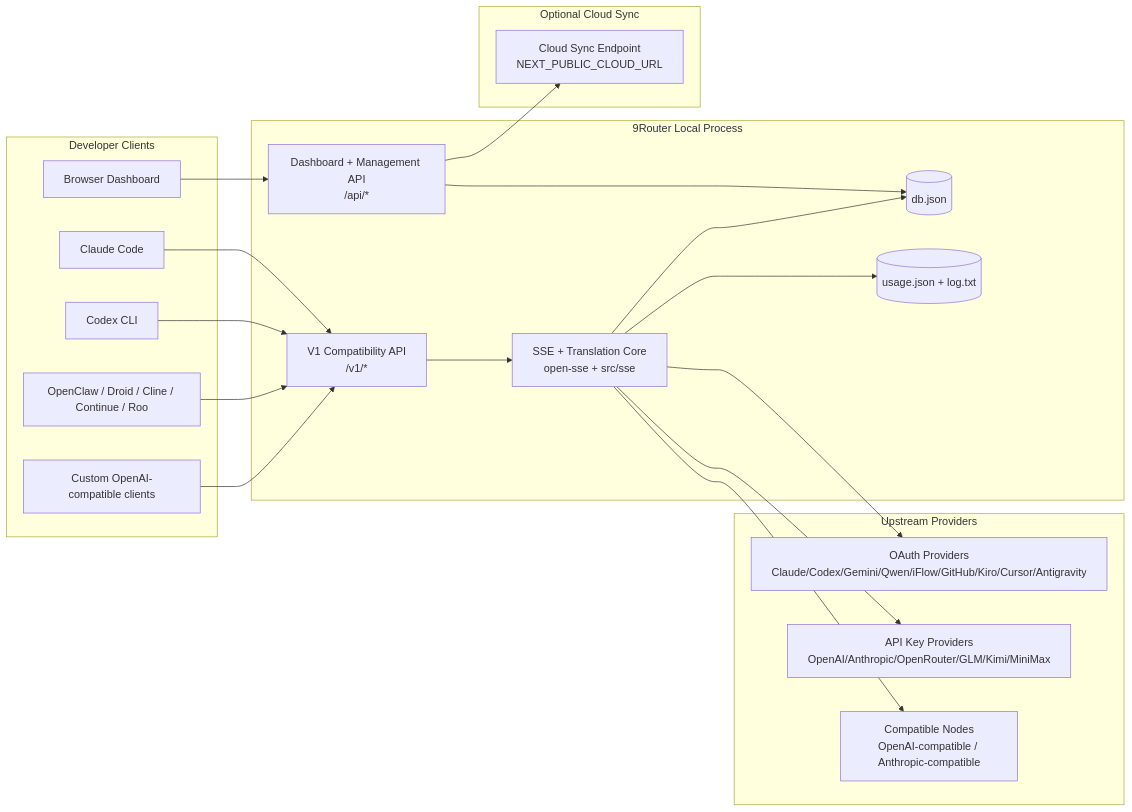
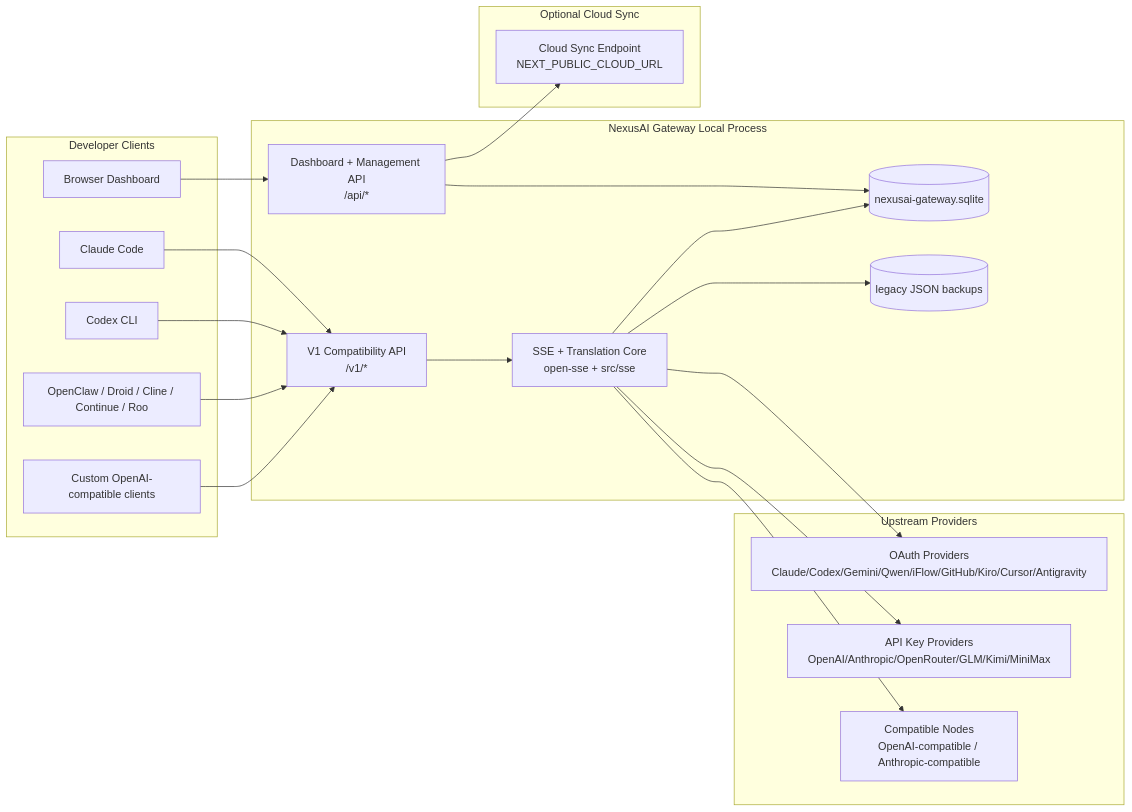
Before and after one commit to phucphuc2006/exam-solver-gateway: the first of 7 diagrams in docs/ARCHITECTURE.md, drawn with Mermaid. The commit also changed other lines of this file and 354 other files, not shown here.

Commit message:
feat: cập nhật toàn bộ NexusAI Gateway - thêm web bridge, diagnostics, modular DB, browser extension

````diff
--- a/docs/ARCHITECTURE.md
+++ b/docs/ARCHITECTURE.md
@@ -45,45 +45,45 @@
 ```mermaid
 flowchart LR
     subgraph Clients[Developer Clients]
         C1[Claude Code]
         C2[Codex CLI]
         C3[OpenClaw / Droid / Cline / Continue / Roo]
         C4[Custom OpenAI-compatible clients]
         BROWSER[Browser Dashboard]
     end
 
-    subgraph Router[9Router Local Process]
+    subgraph Router[NexusAI Gateway Local Process]
         API[V1 Compatibility API\n/v1/*]
         DASH[Dashboard + Management API\n/api/*]
         CORE[SSE + Translation Core\nopen-sse + src/sse]
-        DB[(db.json)]
-        UDB[(usage.json + log.txt)]
+        DB[(nexusai-gateway.sqlite)]
+        UDB[(legacy JSON backups)]
     end
 
     subgraph Upstreams[Upstream Providers]
         P1[OAuth Providers\nClaude/Codex/Gemini/Qwen/iFlow/GitHub/Kiro/Cursor/Antigravity]
         P2[API Key Providers\nOpenAI/Anthropic/OpenRouter/GLM/Kimi/MiniMax]
         P3[Compatible Nodes\nOpenAI-compatible / Anthropic-compatible]
     end
 
     subgraph Cloud[Optional Cloud Sync]
         CLOUD[Cloud Sync Endpoint\nNEXT_PUBLIC_CLOUD_URL]
     end
 
     C1 --> API
     C2 --> API
     C3 --> API
     C4 --> API
     BROWSER --> DASH
 
     API --> CORE
     DASH --> DB
     CORE --> DB
     CORE --> UDB
 
     CORE --> P1
     CORE --> P2
     CORE --> P3
 
     DASH --> CLOUD
 ```
````
